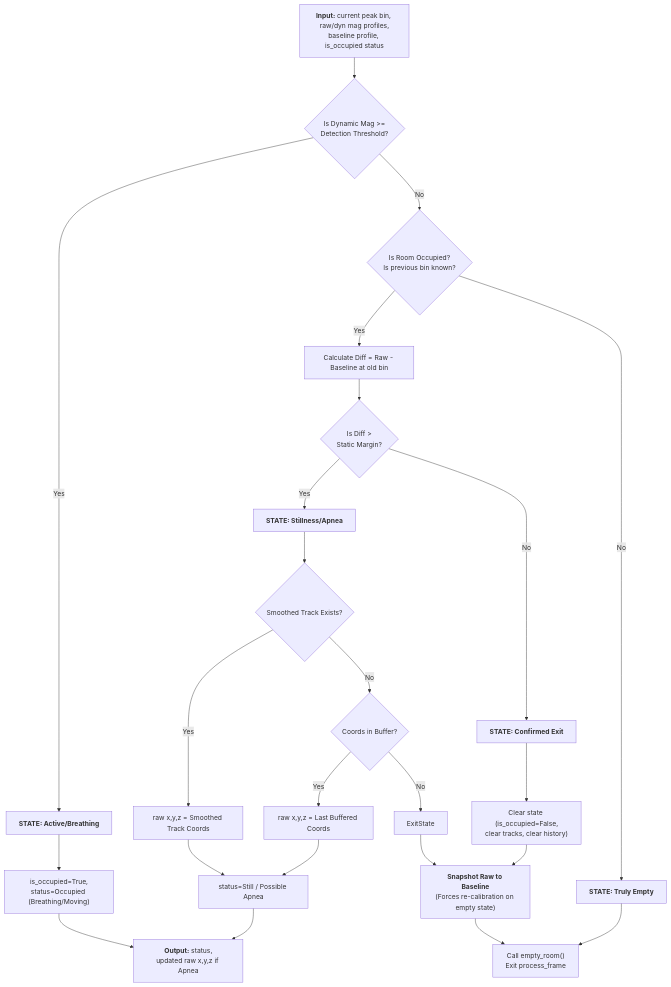
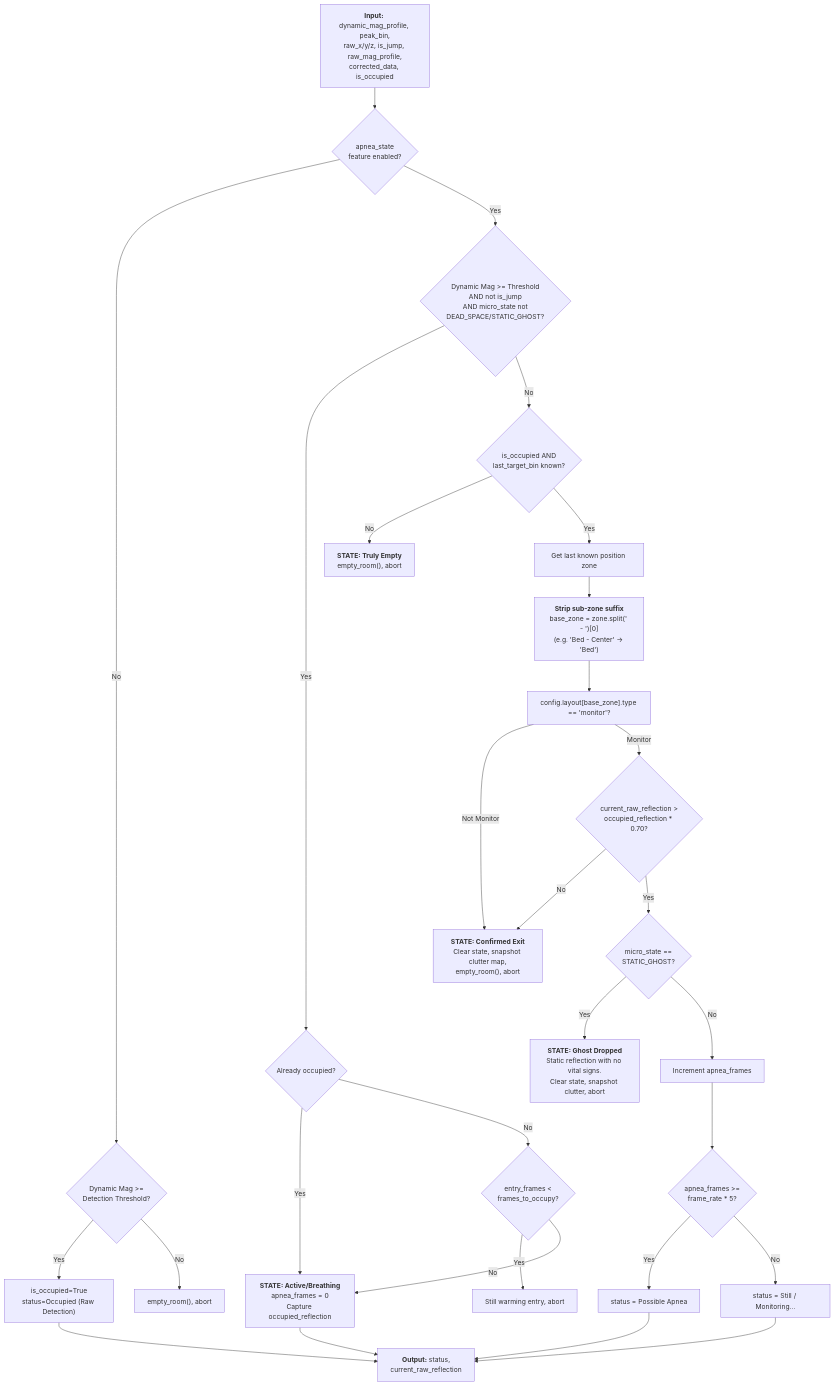
Before and after one commit to walidbrahim/activity_monitoting: the diagram in docs/diagrams/activity_step3.mmd, drawn with Mermaid. The commit also changed 24 other files, not shown here.

```diff
--- a/docs/diagrams/activity_step3.mmd
+++ b/docs/diagrams/activity_step3.mmd
@@ -1,33 +1,39 @@
 graph TD
-    Input["<b>Input:</b> current peak bin, raw/dyn mag profiles,<br/>baseline profile, is_occupied status"] --> DynCheck
+    Input["<b>Input:</b> dynamic_mag_profile, peak_bin,<br/>raw_x/y/z, is_jump, raw_mag_profile,<br/>corrected_data, is_occupied"] --> CheckFeature{"apnea_state<br/>feature enabled?"}
     
-    DynCheck{"Is Dynamic Mag >= <br/>Detection Threshold?"}
+    CheckFeature -- No --> RawMode{"Dynamic Mag >=<br/>Detection Threshold?"}
+    RawMode -- Yes --> RawOcc["is_occupied=True<br/>status=Occupied (Raw Detection)"]
+    RawMode -- No --> EmptyRaw["empty_room(), abort"]
     
-    DynCheck -- Yes --> S1["    <b>STATE: Active/Breathing</b>"]
-    S1 --> S1_Set["is_occupied=True,<br/>status=Occupied (Breathing/Moving)"]
-    S1_Set --> OutputMachine["<b>Output:</b> status,<br/>updated raw x,y,z if Apnea"]
+    CheckFeature -- Yes --> DynCheck{"Dynamic Mag >= Threshold<br/>AND not is_jump<br/>AND micro_state not<br/>DEAD_SPACE/STATIC_GHOST?"}
     
-    DynCheck -- No --> ApneaGate{"Is Room Occupied?<br/>Is previous bin known?"}
+    DynCheck -- Yes --> EntryGate{"Already occupied?"}
+    EntryGate -- Yes --> S1_Active["<b>STATE: Active/Breathing</b><br/>apnea_frames = 0<br/>Capture occupied_reflection"]
+    EntryGate -- No --> EntryHold{"entry_frames <<br/>frames_to_occupy?"}
+    EntryHold -- Yes --> AbortEntry["Still warming entry, abort"]
+    EntryHold -- No --> S1_Active
+    S1_Active --> OutputMachine
     
-    ApneaGate -- Yes --> CheckStill["Calculate Diff = Raw - Baseline at old bin"]
-    ApneaGate -- No --> S4["<b>STATE: Truly Empty</b>"]
+    DynCheck -- No --> ApneaGate{"is_occupied AND<br/>last_target_bin known?"}
+    ApneaGate -- No --> S4["<b>STATE: Truly Empty</b><br/>empty_room(), abort"]
     
-    CheckStill --> StillGate{"Is Diff > <br/>Static Margin?"}
-    StillGate -- Yes --> S2["<b>STATE: Stillness/Apnea</b>"]
-    S2 --> CheckTrack{"Smoothed Track Exists?"}
-    CheckTrack -- Yes --> S2_UseTrack["raw x,y,z = Smoothed Track Coords"]
-    CheckTrack -- No --> S2_Buffer{"Coords in Buffer?"}
-    S2_Buffer -- Yes --> S2_UseBuff["raw x,y,z = Last Buffered Coords"]
-    S2_Buffer -- No --> ExitState
-    S2_UseTrack --> S2_SetStatus["status=Still / Possible Apnea"]
-    S2_UseBuff --> S2_SetStatus
-    S2_SetStatus --> OutputMachine
+    ApneaGate -- Yes --> GetZone["Get last known position zone"]
+    GetZone --> StripZone["<b>Strip sub-zone suffix</b><br/>base_zone = zone.split(' - ')[0]<br/>(e.g. 'Bed - Center' → 'Bed')"]
+    StripZone --> LookupType["config.layout[base_zone].type == 'monitor'?"]
     
-    StillGate -- No --> S3["<b>STATE: Confirmed Exit</b>"]
-    S3 --> ExitActions["Clear state (is_occupied=False,<br/>clear tracks, clear history)"]
-    ExitActions --> LearnEmpty["<b>Snapshot Raw to Baseline</b><br/>(Forces re-calibration on empty state)"]
-    LearnEmpty --> ExitEmpty
-    ExitState --> LearnEmpty
-    S4 --> ExitEmpty
+    LookupType -- "Not Monitor" --> ExitState["<b>STATE: Confirmed Exit</b><br/>Clear state, snapshot clutter map,<br/>empty_room(), abort"]
     
-    ExitEmpty["Call empty_room()<br/>Exit process_frame"]
+    LookupType -- Monitor --> ReflCheck{"current_raw_reflection ><br/>occupied_reflection * 0.70?"}
+    ReflCheck -- No --> ExitState
+    
+    ReflCheck -- Yes --> GhostCheck{"micro_state ==<br/>STATIC_GHOST?"}
+    GhostCheck -- Yes --> GhostDrop["<b>STATE: Ghost Dropped</b><br/>Static reflection with no vital signs.<br/>Clear state, snapshot clutter, abort"]
+    
+    GhostCheck -- No --> ApneaCount["Increment apnea_frames"]
+    ApneaCount --> ApneaLimit{"apnea_frames >=<br/>frame_rate * 5?"}
+    ApneaLimit -- Yes --> S2_Apnea["status = Possible Apnea"]
+    ApneaLimit -- No --> S2_Still["status = Still / Monitoring..."]
+    
+    S2_Apnea --> OutputMachine["<b>Output:</b> status,<br/>current_raw_reflection"]
+    S2_Still --> OutputMachine
+    RawOcc --> OutputMachine
```
